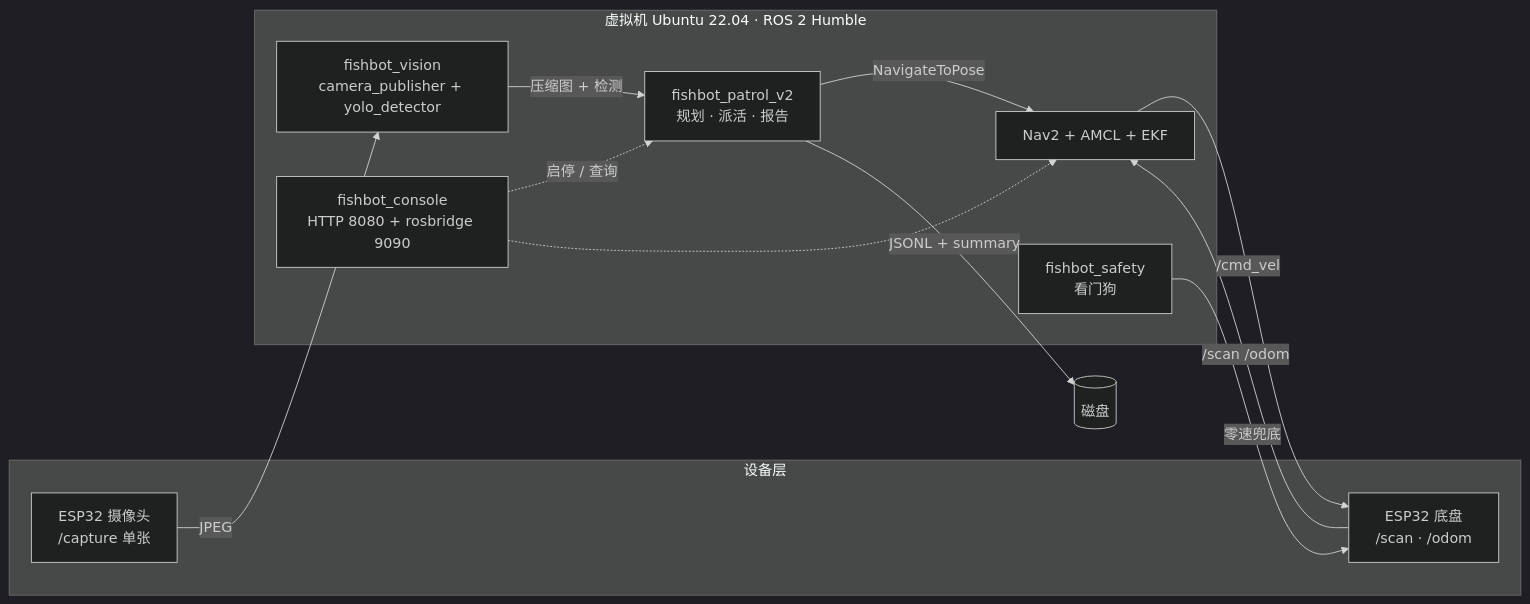
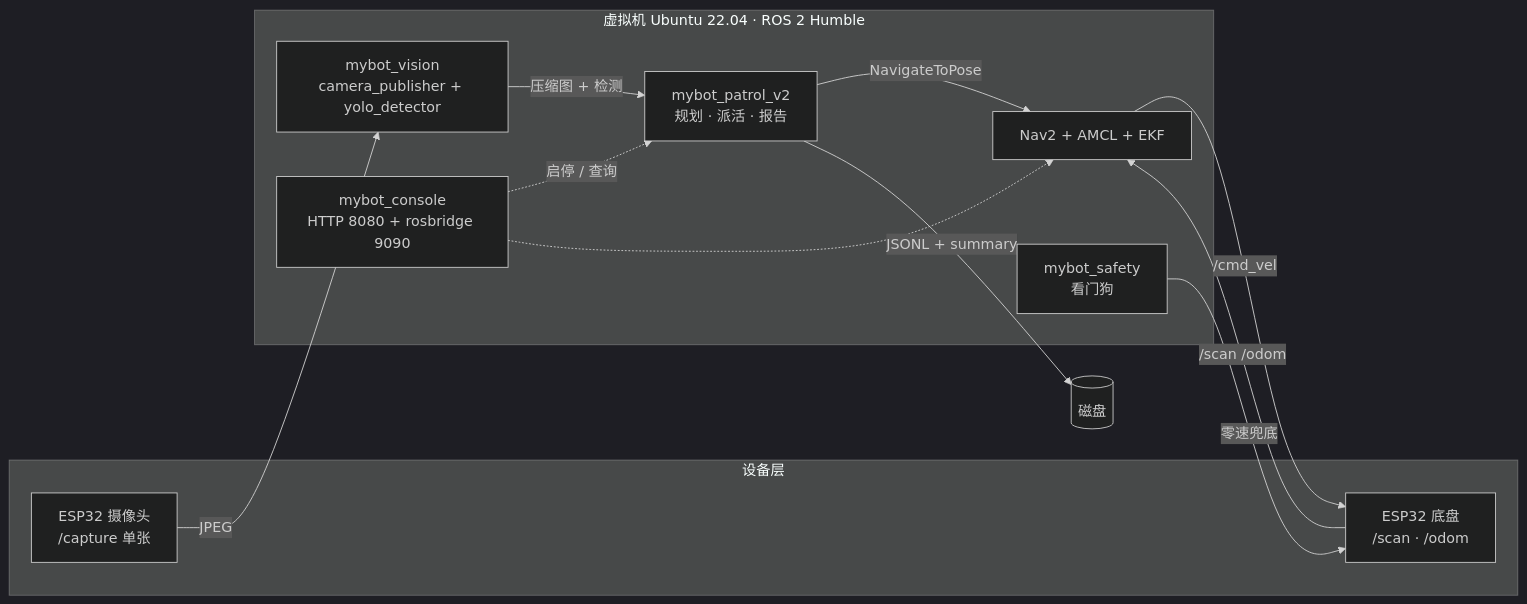
One commit to myofqut111/mybot changed the diagram in README.md. Above: the diagram before and after it, drawn with Mermaid (dark theme). The commit also changed other lines of this file and 276 other files, not shown here.

````diff
--- a/README.md
+++ b/README.md
@@ -35,25 +35,25 @@
 ```mermaid
 flowchart LR
     subgraph 设备层
         CAM["ESP32 摄像头<br/>/capture 单张"]
         BASE["ESP32 底盘<br/>/scan · /odom"]
     end
 
     subgraph 计算层["虚拟机 Ubuntu 22.04 · ROS 2 Humble"]
-        VIS["fishbot_vision<br/>camera_publisher + yolo_detector"]
+        VIS["mybot_vision<br/>camera_publisher + yolo_detector"]
         NAV["Nav2 + AMCL + EKF"]
-        P2["fishbot_patrol_v2<br/>规划 · 派活 · 报告"]
-        SAFE["fishbot_safety<br/>看门狗"]
-        CON["fishbot_console<br/>HTTP 8080 + rosbridge 9090"]
+        P2["mybot_patrol_v2<br/>规划 · 派活 · 报告"]
+        SAFE["mybot_safety<br/>看门狗"]
+        CON["mybot_console<br/>HTTP 8080 + rosbridge 9090"]
     end
 
     CAM -->|JPEG| VIS
     BASE -->|/scan /odom| NAV
     VIS -->|压缩图 + 检测| P2
     P2 -->|NavigateToPose| NAV
     NAV -->|/cmd_vel| BASE
     P2 -->|JSONL + summary| FS[("磁盘")]
     CON -.启停 / 查询.-> P2
     CON -.-> NAV
     SAFE -->|零速兜底| BASE
 ```
````
